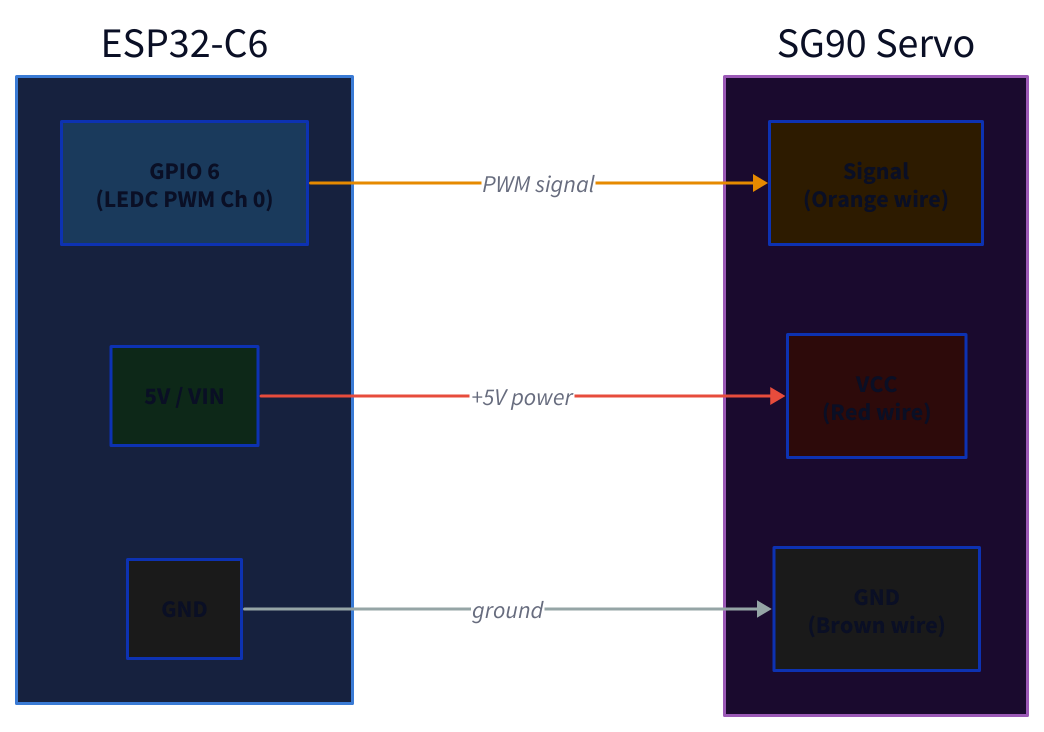
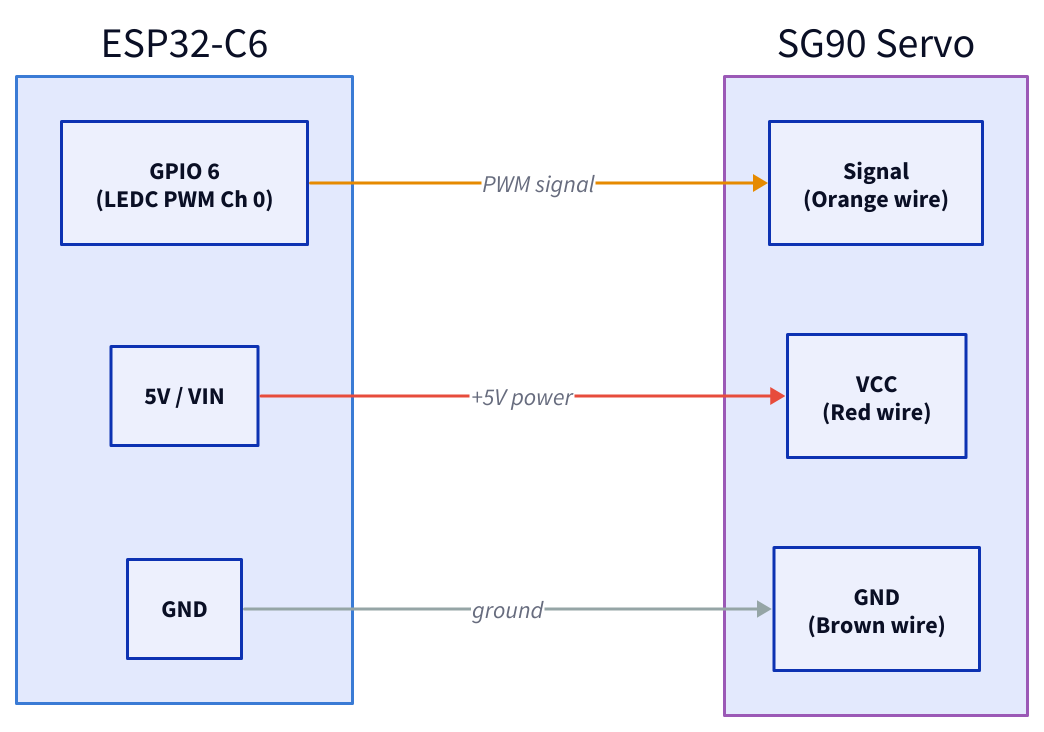
The diagram in docs/diagrams/wiring.d2 (EtaCassiopeia/smart-vent), drawn with D2 before and after one commit. The commit also changed 17 other files, not shown here.

First line of the commit message:
Fix text readability in D2 diagrams

```diff
--- a/docs/diagrams/wiring.d2
+++ b/docs/diagrams/wiring.d2
@@ -1,44 +1,30 @@
 direction: right
 
 esp32: ESP32-C6 {
-  style.fill: "#16213e"
   style.stroke: "#3a7bd5"
 
-  gpio6: GPIO 6\n(LEDC PWM Ch 0) {
-    style.fill: "#1a3a5c"
-  }
-  v5: 5V / VIN {
-    style.fill: "#0d2818"
-  }
-  gnd: GND {
-    style.fill: "#1a1a1a"
-  }
+  gpio6: GPIO 6\n(LEDC PWM Ch 0)
+  v5: 5V / VIN
+  gnd: GND
 }
 
 servo: SG90 Servo {
-  style.fill: "#1a0a2e"
   style.stroke: "#9b59b6"
 
-  signal: Signal\n(Orange wire) {
-    style.fill: "#2d1b00"
-  }
-  vcc: VCC\n(Red wire) {
-    style.fill: "#2d0a0a"
-  }
-  ground: GND\n(Brown wire) {
-    style.fill: "#1a1a1a"
-  }
+  signal: Signal\n(Orange wire)
+  vcc: VCC\n(Red wire)
+  ground: GND\n(Brown wire)
 }
 
 esp32.gpio6 -> servo.signal: PWM signal {
   style.stroke: "#e68a00"
   style.stroke-width: 2
 }
 esp32.v5 -> servo.vcc: +5V power {
   style.stroke: "#e74c3c"
   style.stroke-width: 2
 }
 esp32.gnd -> servo.ground: ground {
   style.stroke: "#95a5a6"
   style.stroke-width: 2
 }
```
